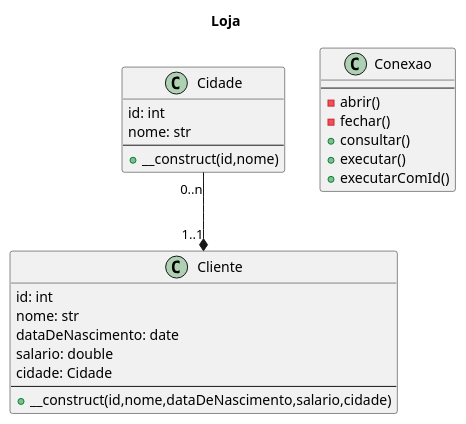
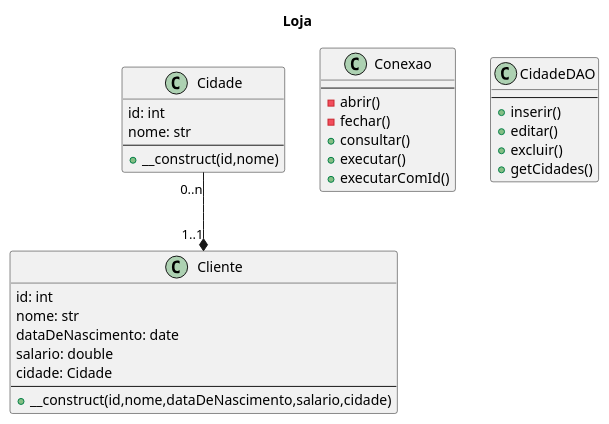
Before and after one commit to galaticghost/guieq.klarrind: the diagram in loja/bola.wsd, drawn with PlantUML. The commit also changed 19 other files, not shown here.

```diff
--- a/loja/bola.wsd
+++ b/loja/bola.wsd
@@ -1,33 +1,41 @@
 @startuml bola
 
 title Loja
 
 class Cliente{
 id: int
 nome: str
 dataDeNascimento: date
 salario: double
 cidade: Cidade
 --
 +__construct(id,nome,dataDeNascimento,salario,cidade)
 }
 
 class Cidade{
 id: int
 nome: str
 --
 +__construct(id,nome)
 }
 
 class Conexao{
     --
     -abrir()
     -fechar()
     +consultar()
     +executar()
     +executarComId()
 }
 
+class CidadeDAO{
+    --
+    +inserir()
+    +editar()
+    +excluir()
+    +getCidades()
+}
+
 Cidade "0..n" --* "1..1" Cliente
 
 @enduml
```
